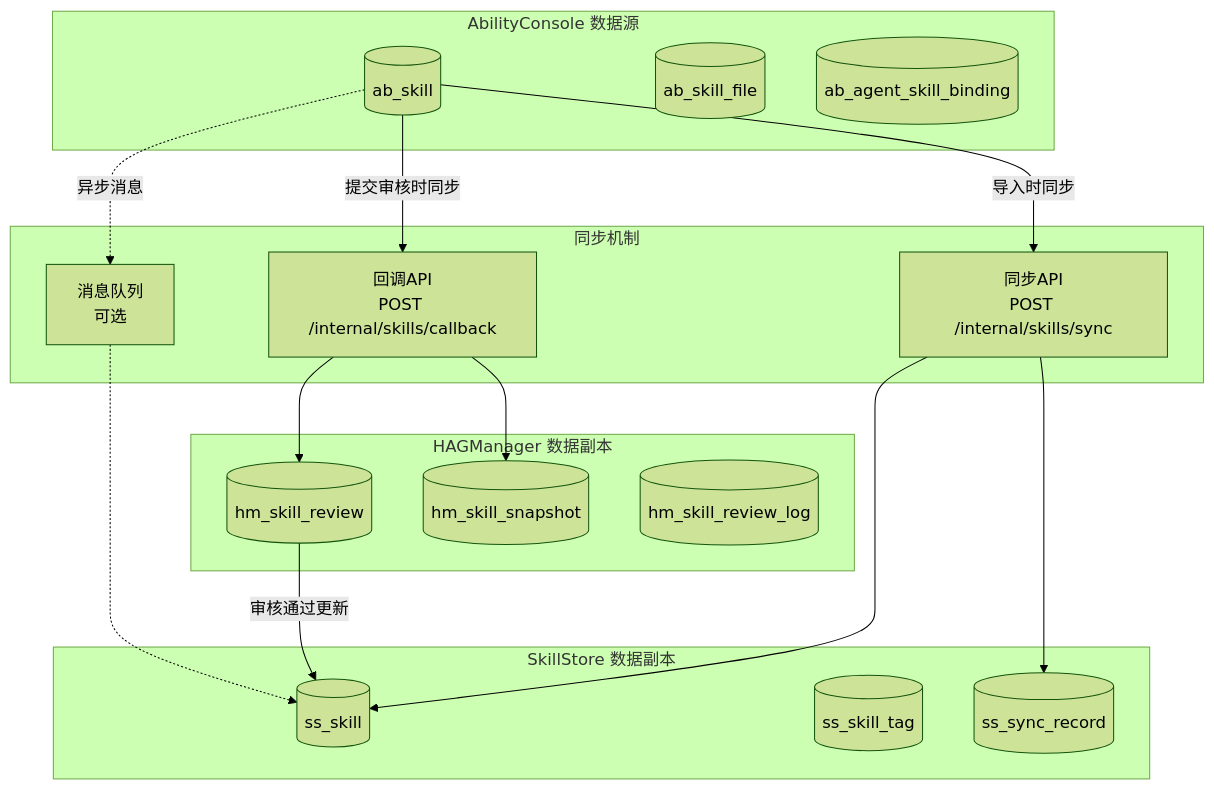
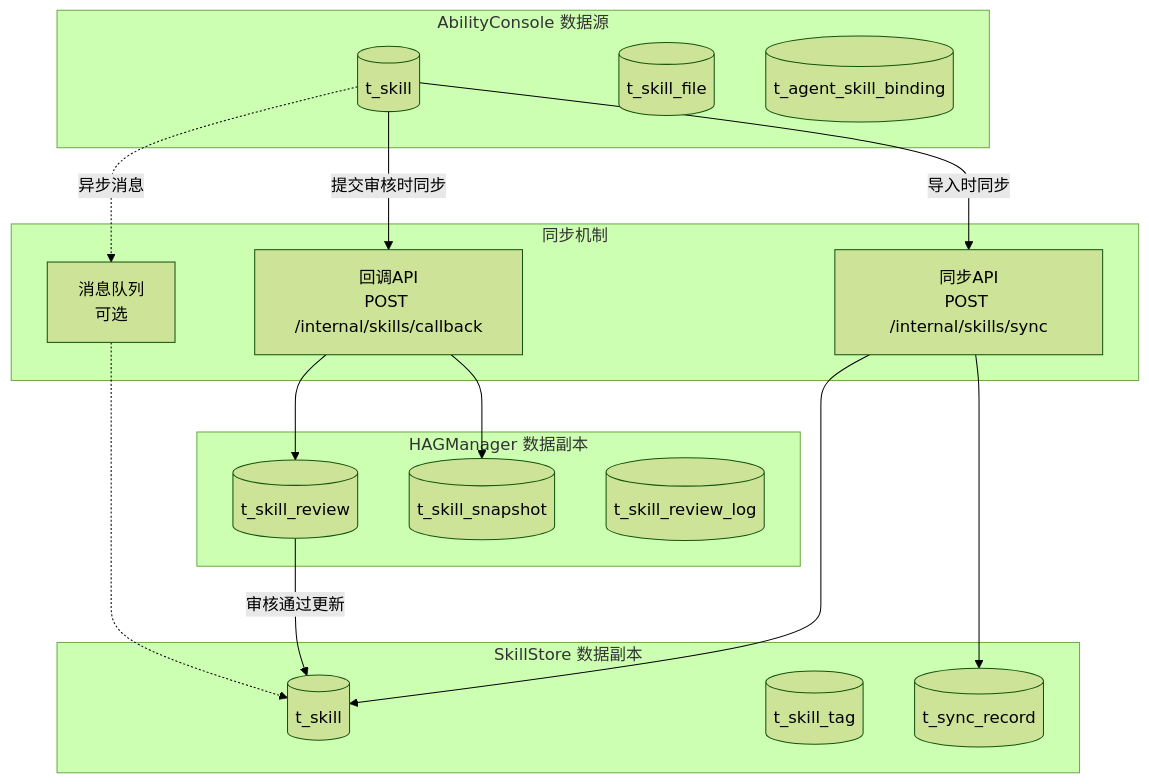
Diagram 21 of 33 in architecture-design.md (jinyule/xiaoyi-skill-mgmt), drawn with Mermaid (forest theme) before and after one commit. The commit also changed other lines of this file and 2 other files, not shown here.

````diff
--- a/architecture-design.md
+++ b/architecture-design.md
@@ -1105,39 +1105,39 @@
 ```mermaid
 flowchart TB
     subgraph "AbilityConsole 数据源"
-        AB_SKILL[(ab_skill)]
-        AB_FILE[(ab_skill_file)]
-        AB_BIND[(ab_agent_skill_binding)]
+        AB_SKILL[(t_skill)]
+        AB_FILE[(t_skill_file)]
+        AB_BIND[(t_agent_skill_binding)]
     end
 
     subgraph "同步机制"
         SYNC1[同步API<br/>POST /internal/skills/sync]
         SYNC2[回调API<br/>POST /internal/skills/callback]
         MQ[消息队列<br/>可选]
     end
 
     subgraph "SkillStore 数据副本"
-        SS_SKILL[(ss_skill)]
-        SS_TAG[(ss_skill_tag)]
-        SS_SYNC[(ss_sync_record)]
+        SS_SKILL[(t_skill)]
+        SS_TAG[(t_skill_tag)]
+        SS_SYNC[(t_sync_record)]
     end
 
     subgraph "HAGManager 数据副本"
-        HM_REVIEW[(hm_skill_review)]
-        HM_SNAP[(hm_skill_snapshot)]
-        HM_LOG[(hm_skill_review_log)]
+        HM_REVIEW[(t_skill_review)]
+        HM_SNAP[(t_skill_snapshot)]
+        HM_LOG[(t_skill_review_log)]
     end
 
     AB_SKILL -->|导入时同步| SYNC1
     SYNC1 --> SS_SKILL
     SYNC1 --> SS_SYNC
 
     AB_SKILL -->|提交审核时同步| SYNC2
     SYNC2 --> HM_REVIEW
     SYNC2 --> HM_SNAP
 
     HM_REVIEW -->|审核通过更新| SS_SKILL
 
     AB_SKILL -.->|异步消息| MQ
     MQ -.-> SS_SKILL
 ```
````
